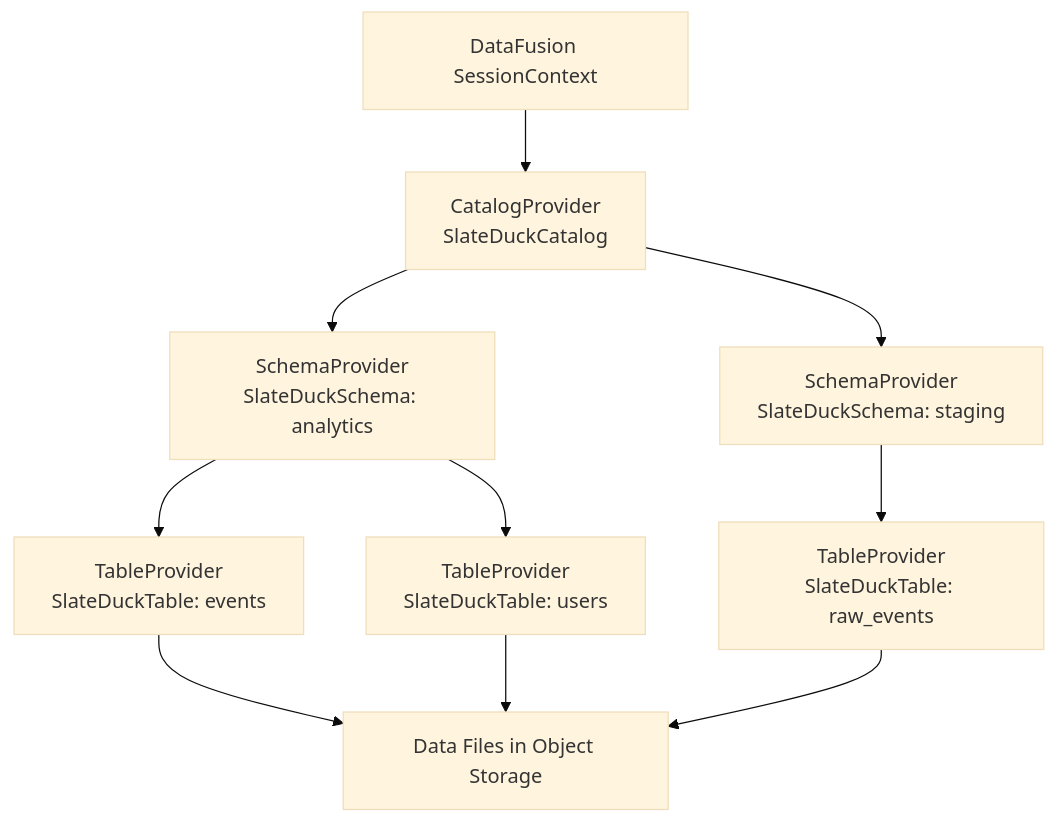
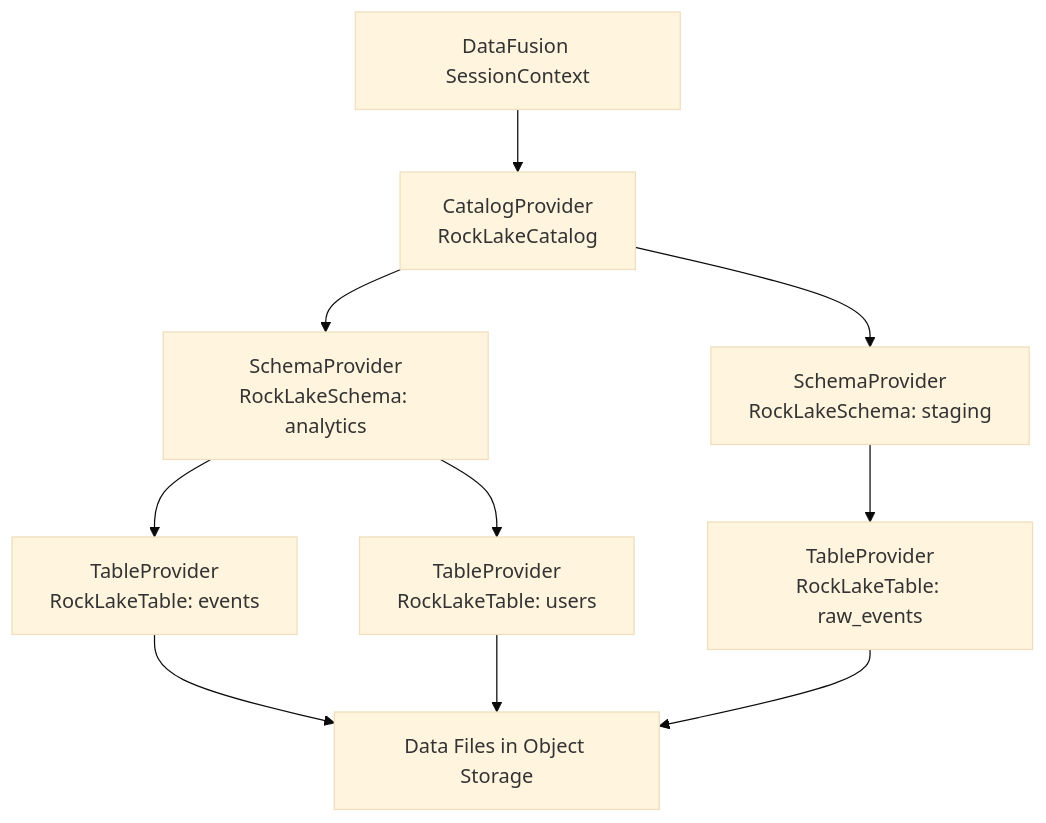
One commit to trickle-labs/rocklake changed the diagram in docs/integration/datafusion.md. Above: the diagram before and after it, drawn with Mermaid (base theme). The commit also changed other lines of this file and 398 other files, not shown here.

First line of the commit message:
rename: SlateDuck -> RockLake across entire codebase (#48)

````diff
--- a/docs/integration/datafusion.md
+++ b/docs/integration/datafusion.md
@@ -11,13 +11,13 @@
 ```mermaid
 graph TD
-    DF[DataFusion SessionContext] --> CP[CatalogProvider<br/>SlateDuckCatalog]
-    CP --> SP1[SchemaProvider<br/>SlateDuckSchema: analytics]
-    CP --> SP2[SchemaProvider<br/>SlateDuckSchema: staging]
-    SP1 --> TP1[TableProvider<br/>SlateDuckTable: events]
-    SP1 --> TP2[TableProvider<br/>SlateDuckTable: users]
-    SP2 --> TP3[TableProvider<br/>SlateDuckTable: raw_events]
+    DF[DataFusion SessionContext] --> CP[CatalogProvider<br/>RockLakeCatalog]
+    CP --> SP1[SchemaProvider<br/>RockLakeSchema: analytics]
+    CP --> SP2[SchemaProvider<br/>RockLakeSchema: staging]
+    SP1 --> TP1[TableProvider<br/>RockLakeTable: events]
+    SP1 --> TP2[TableProvider<br/>RockLakeTable: users]
+    SP2 --> TP3[TableProvider<br/>RockLakeTable: raw_events]
     
     TP1 --> Files[Data Files in Object Storage]
     TP2 --> Files
     TP3 --> Files
 ```
````
